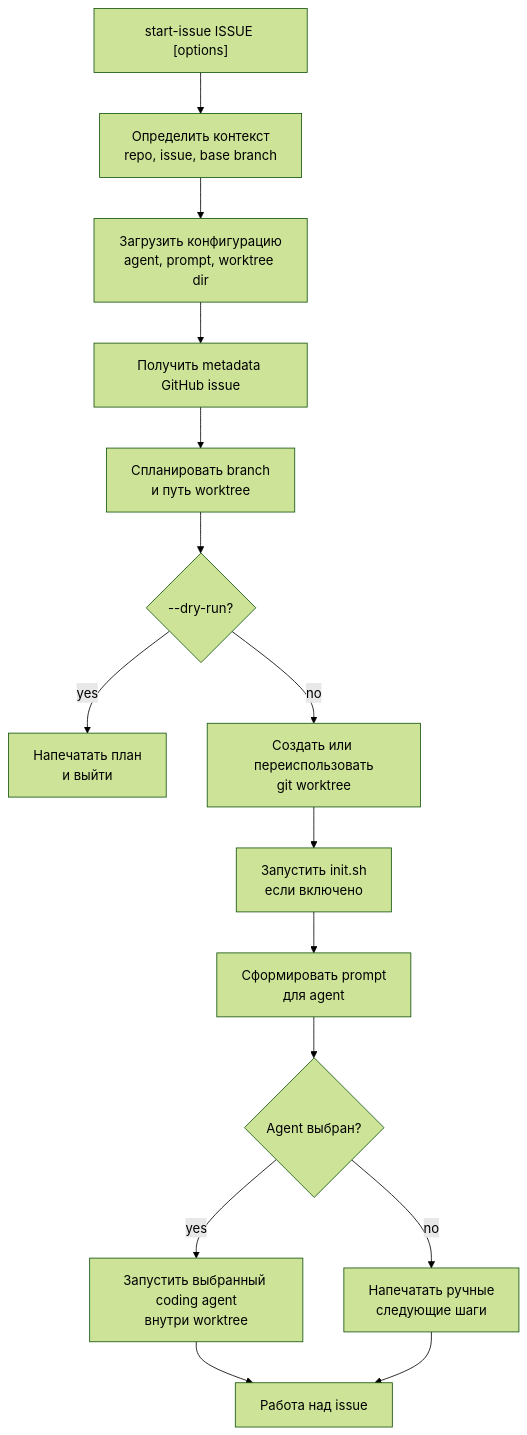
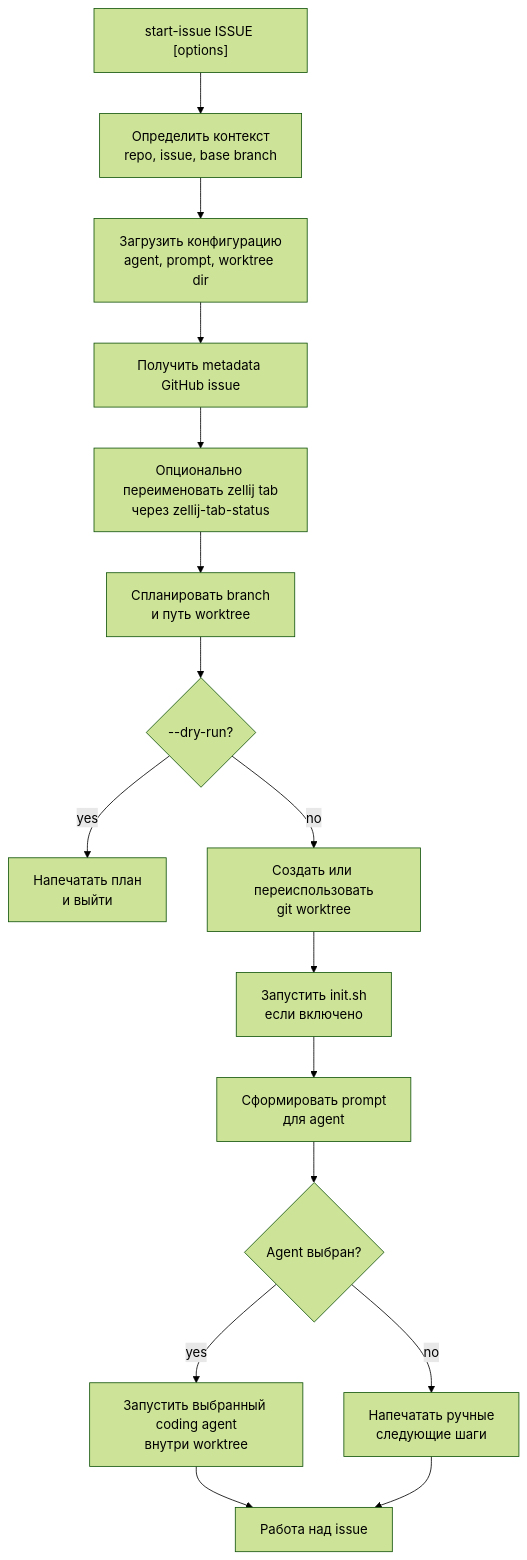
Before and after one commit to dapi/start-issue: the diagram in README.ru.md, drawn with Mermaid (forest theme). The commit also changed other lines of this file and 6 other files, not shown here.

````diff
--- a/README.ru.md
+++ b/README.ru.md
@@ -41,21 +41,22 @@
 ```mermaid
 flowchart TD
     A["start-issue ISSUE [options]"] --> B["Определить контекст<br/>repo, issue, base branch"]
     B --> C["Загрузить конфигурацию<br/>agent, prompt, worktree dir"]
     C --> D["Получить metadata GitHub issue"]
-    D --> E["Спланировать branch<br/>и путь worktree"]
+    D --> Z["Опционально переименовать zellij tab<br/>через zellij-tab-status"]
+    Z --> E["Спланировать branch<br/>и путь worktree"]
     E --> F{"--dry-run?"}
 
     F -- yes --> G["Напечатать план<br/>и выйти"]
     F -- no --> H["Создать или переиспользовать<br/>git worktree"]
 
     H --> I["Запустить init.sh<br/>если включено"]
     I --> J["Сформировать prompt<br/>для agent"]
     J --> K{"Agent выбран?"}
 
     K -- yes --> L["Запустить выбранный coding agent<br/>внутри worktree"]
     K -- no --> M["Напечатать ручные<br/>следующие шаги"]
 
     L --> N["Работа над issue"]
     M --> N
 ```
````
